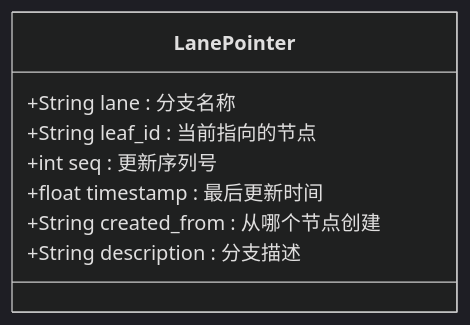
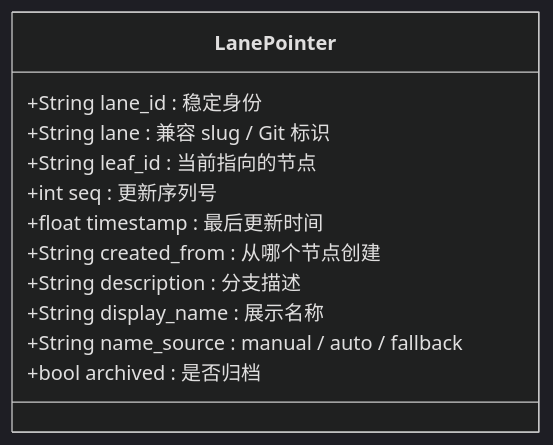
Before and after one commit to mukongshan/CodeMate: the second of 13 diagrams in docs/功能设计/02-数据与存储层/03-Lane分支管理系统.md, drawn with Mermaid (dark theme). The commit also changed other lines of this file and 20 other files, not shown here.

First line of the commit message:
feat: Implement Lane and Git integration branch management plan

````diff
--- a/docs/功能设计/02-数据与存储层/03-Lane分支管理系统.md
+++ b/docs/功能设计/02-数据与存储层/03-Lane分支管理系统.md
@@ -115,11 +117,15 @@
 ```mermaid
 classDiagram
     class LanePointer {
-        +String lane : 分支名称
+        +String lane_id : 稳定身份
+        +String lane : 兼容 slug / Git 标识
         +String leaf_id : 当前指向的节点
         +int seq : 更新序列号
         +float timestamp : 最后更新时间
         +String created_from : 从哪个节点创建
         +String description : 分支描述
+        +String display_name : 展示名称
+        +String name_source : manual / auto / fallback
+        +bool archived : 是否归档
     }
 ```
````
